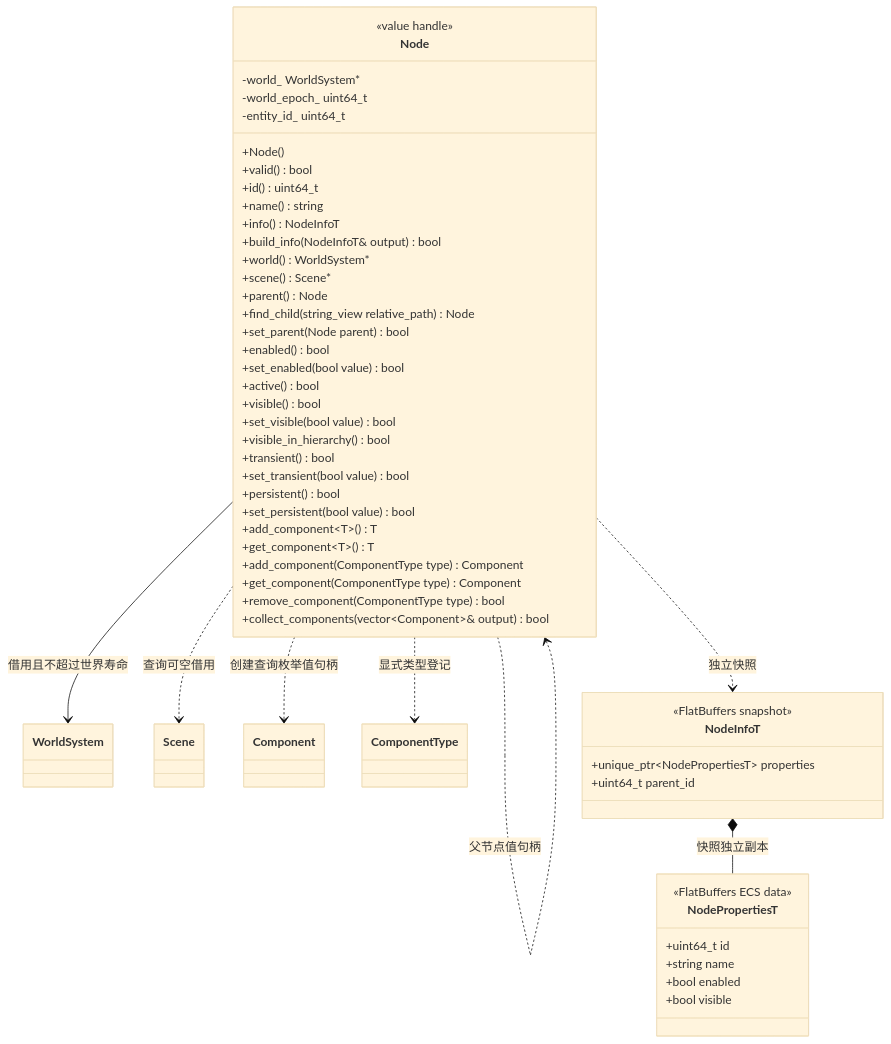
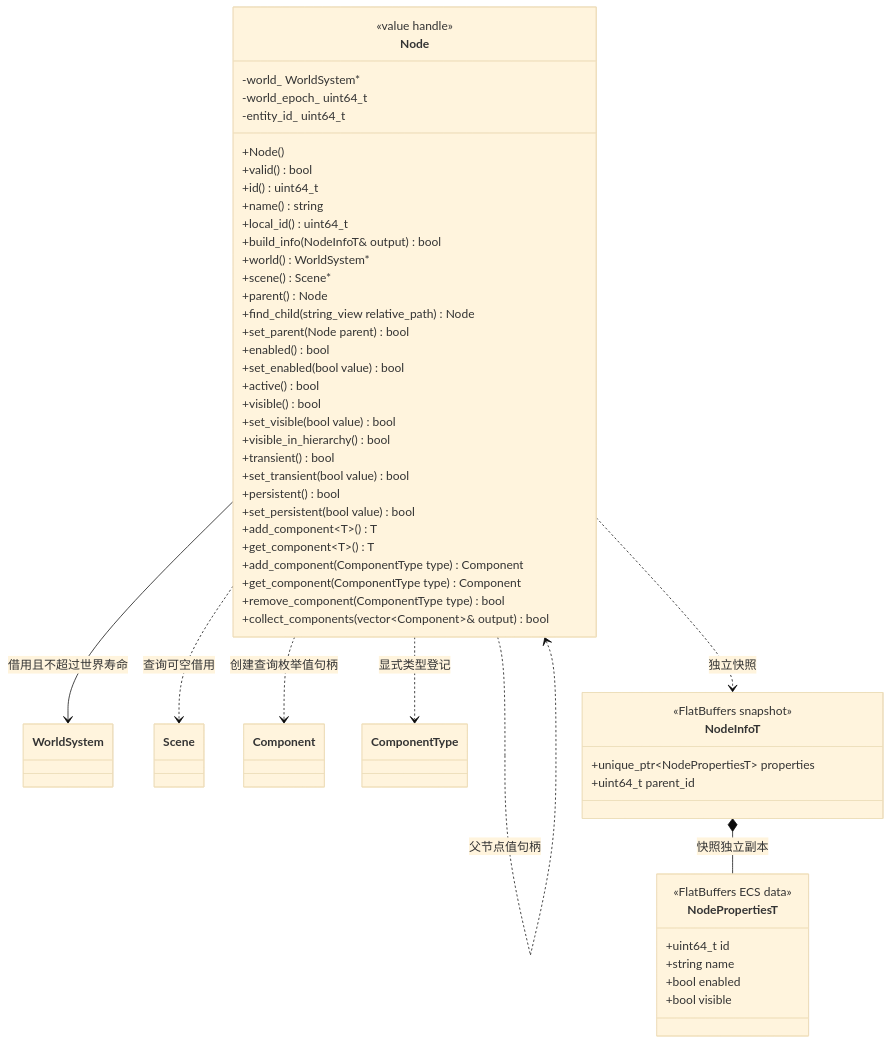
Before and after one commit to lcals/Engine: the diagram in docs/runtime/class-diagrams/node.md, drawn with Mermaid (base theme). The commit also changed other lines of this file and 244 other files, not shown here.

````diff
--- a/docs/runtime/class-diagrams/node.md
+++ b/docs/runtime/class-diagrams/node.md
@@ -5,59 +5,59 @@
 ```mermaid
 classDiagram
     class Node {
         <<value handle>>
         +Node()
         +valid() bool
         +id() uint64_t
         +name() string
-        +info() NodeInfoT
+        +local_id() uint64_t
         +build_info(NodeInfoT& output) bool
         +world() WorldSystem#42;
         +scene() Scene#42;
         +parent() Node
         +find_child(string_view relative_path) Node
         +set_parent(Node parent) bool
         +enabled() bool
         +set_enabled(bool value) bool
         +active() bool
         +visible() bool
         +set_visible(bool value) bool
         +visible_in_hierarchy() bool
         +transient() bool
         +set_transient(bool value) bool
         +persistent() bool
         +set_persistent(bool value) bool
         +add_component~T~() T
         +get_component~T~() T
         +add_component(ComponentType type) Component
         +get_component(ComponentType type) Component
         +remove_component(ComponentType type) bool
         +collect_components(vector~Component~& output) bool
         -world_ WorldSystem#42;
         -world_epoch_ uint64_t
         -entity_id_ uint64_t
     }
     class WorldSystem
     class Scene
     class Component
     class ComponentType
     class NodeInfoT {
         <<FlatBuffers snapshot>>
         +unique_ptr~NodePropertiesT~ properties
         +uint64_t parent_id
     }
     class NodePropertiesT {
         <<FlatBuffers ECS data>>
         +uint64_t id
         +string name
         +bool enabled
         +bool visible
     }
     Node --> WorldSystem : 借用且不超过世界寿命
     Node ..> Scene : 查询可空借用
     Node ..> Node : 父节点值句柄
     Node ..> Component : 创建查询枚举值句柄
     Node ..> ComponentType : 显式类型登记
     Node ..> NodeInfoT : 独立快照
     NodeInfoT *-- NodePropertiesT : 快照独立副本
 ```
````
